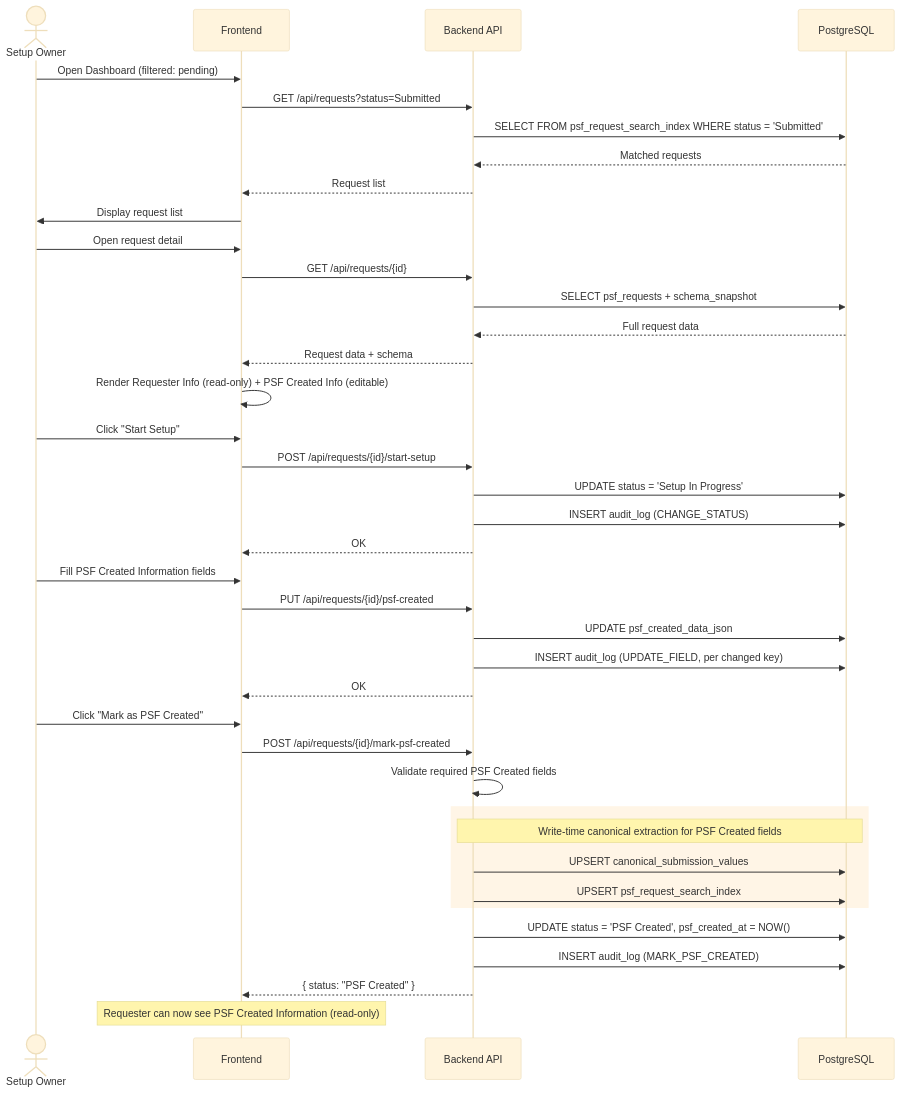
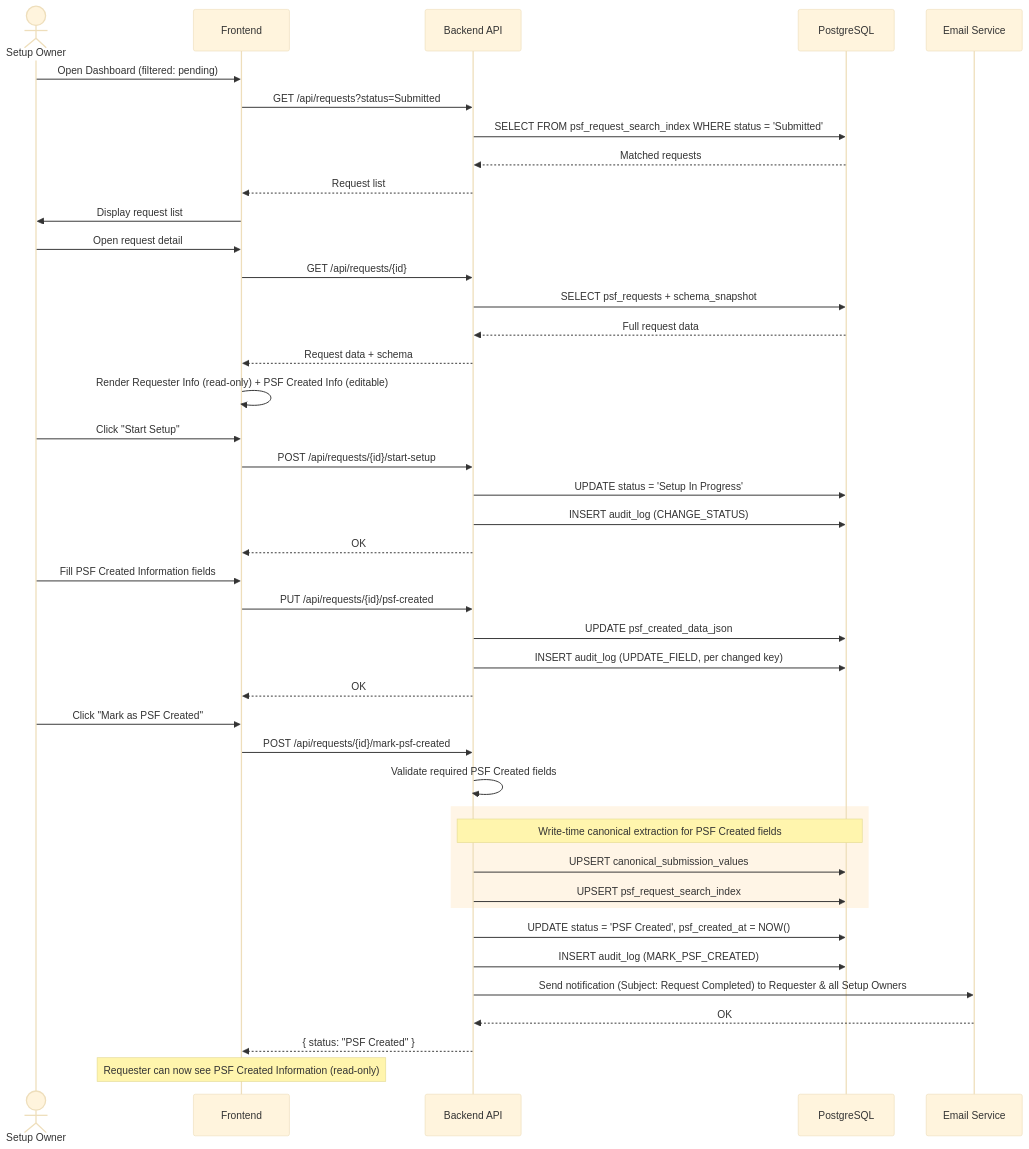
One commit to Kasidet4531/Web-Request-setup-file changed the ninth of 14 diagrams in docs/diagrams.md. Above: the diagram before and after it, drawn with Mermaid (base theme). The commit also changed other lines of this file and 2 other files, not shown here.

Commit message:
docs: add setup owner sub-roles, product type, and email notifications

````diff
--- a/docs/diagrams.md
+++ b/docs/diagrams.md
@@ -512,50 +515,53 @@
 ```mermaid
 sequenceDiagram
     actor SetupOwner as Setup Owner
     participant FE as Frontend
     participant BE as Backend API
     participant DB as PostgreSQL
+    participant Email as Email Service
 
     SetupOwner ->> FE: Open Dashboard (filtered: pending)
     FE ->> BE: GET /api/requests?status=Submitted
     BE ->> DB: SELECT FROM psf_request_search_index WHERE status = 'Submitted'
     DB -->> BE: Matched requests
     BE -->> FE: Request list
     FE ->> SetupOwner: Display request list
 
     SetupOwner ->> FE: Open request detail
     FE ->> BE: GET /api/requests/{id}
     BE ->> DB: SELECT psf_requests + schema_snapshot
     DB -->> BE: Full request data
     BE -->> FE: Request data + schema
 
     FE ->> FE: Render Requester Info (read-only) + PSF Created Info (editable)
 
     SetupOwner ->> FE: Click "Start Setup"
     FE ->> BE: POST /api/requests/{id}/start-setup
     BE ->> DB: UPDATE status = 'Setup In Progress'
     BE ->> DB: INSERT audit_log (CHANGE_STATUS)
     BE -->> FE: OK
 
     SetupOwner ->> FE: Fill PSF Created Information fields
     FE ->> BE: PUT /api/requests/{id}/psf-created
     BE ->> DB: UPDATE psf_created_data_json
     BE ->> DB: INSERT audit_log (UPDATE_FIELD, per changed key)
     BE -->> FE: OK
 
     SetupOwner ->> FE: Click "Mark as PSF Created"
     FE ->> BE: POST /api/requests/{id}/mark-psf-created
     BE ->> BE: Validate required PSF Created fields
 
     rect rgb(255, 245, 230)
         Note over BE, DB: Write-time canonical extraction for PSF Created fields
         BE ->> DB: UPSERT canonical_submission_values
         BE ->> DB: UPSERT psf_request_search_index
     end
 
     BE ->> DB: UPDATE status = 'PSF Created', psf_created_at = NOW()
     BE ->> DB: INSERT audit_log (MARK_PSF_CREATED)
+    BE ->> Email: Send notification (Subject: Request Completed) to Requester & all Setup Owners
+    Email -->> BE: OK
     BE -->> FE: { status: "PSF Created" }
 
     Note over FE: Requester can now see PSF Created Information (read-only)
 ```
````
